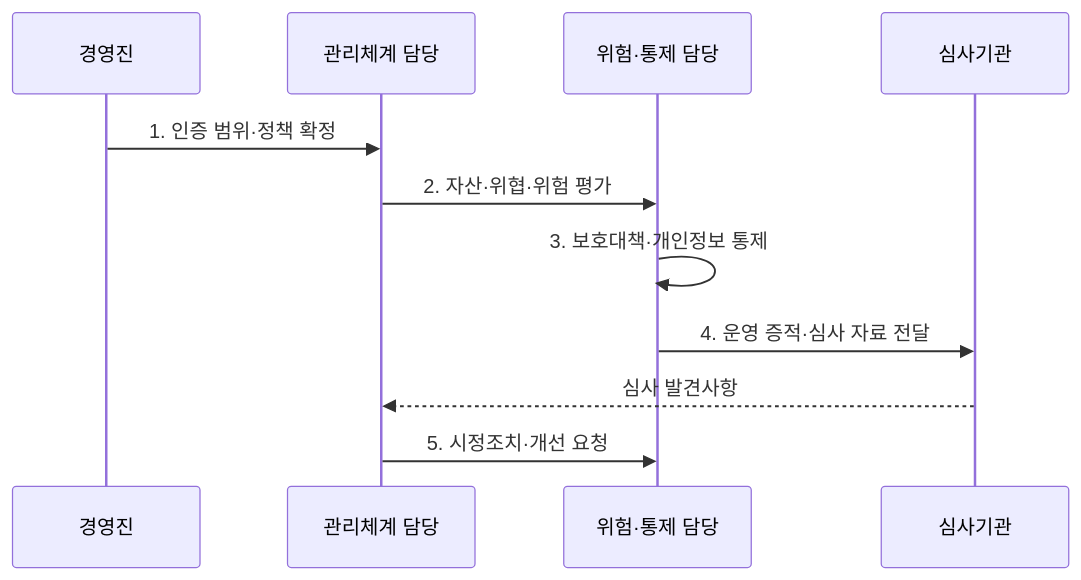
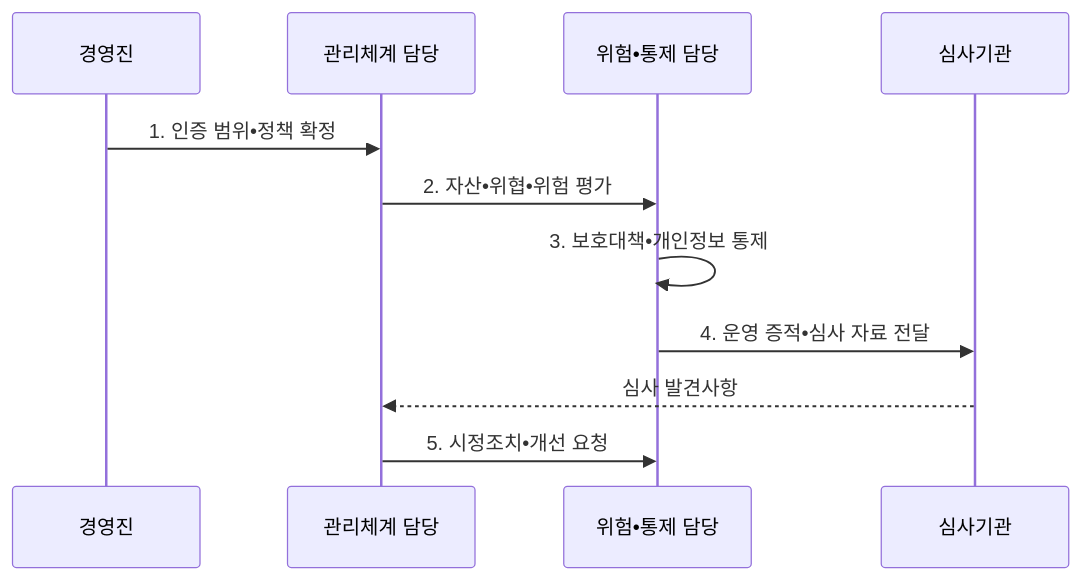
One commit to agnusdei1207/knowledge-base changed the second of 2 diagrams in src/content/docs/notes/05-security/103_isms_p.md. Above: the diagram before and after it, drawn with Mermaid. The commit also changed other lines of this file and 953 other files, not shown here.

````diff
--- a/src/content/docs/notes/05-security/103_isms_p.md
+++ b/src/content/docs/notes/05-security/103_isms_p.md
@@ -99,13 +99,13 @@
 ```mermaid
 sequenceDiagram
   participant O as 경영진
   participant M as 관리체계 담당
-  participant C as 위험·통제 담당
+  participant C as 위험•통제 담당
   participant A as 심사기관
-  O->>M: 1. 인증 범위·정책 확정
-  M->>C: 2. 자산·위협·위험 평가
-  C->>C: 3. 보호대책·개인정보 통제
-  C->>A: 4. 운영 증적·심사 자료 전달
+  O->>M: 1. 인증 범위•정책 확정
+  M->>C: 2. 자산•위협•위험 평가
+  C->>C: 3. 보호대책•개인정보 통제
+  C->>A: 4. 운영 증적•심사 자료 전달
   A-->>M: 심사 발견사항
-  M->>C: 5. 시정조치·개선 요청
+  M->>C: 5. 시정조치•개선 요청
 ```
````
